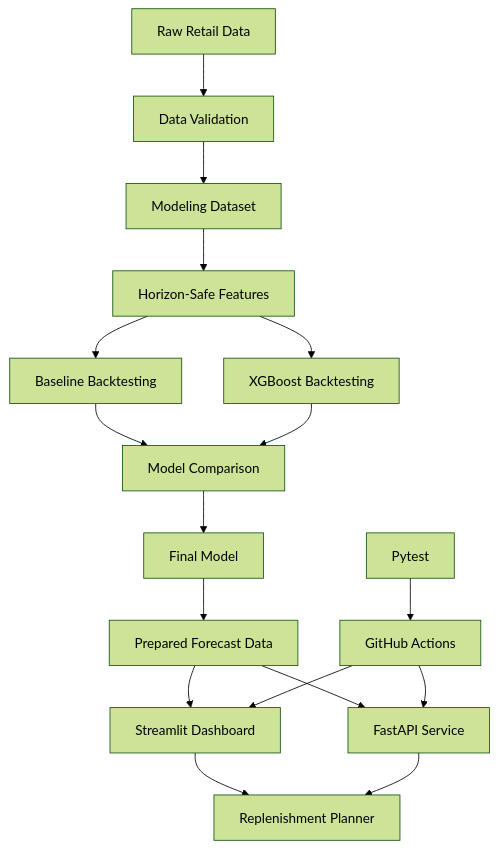
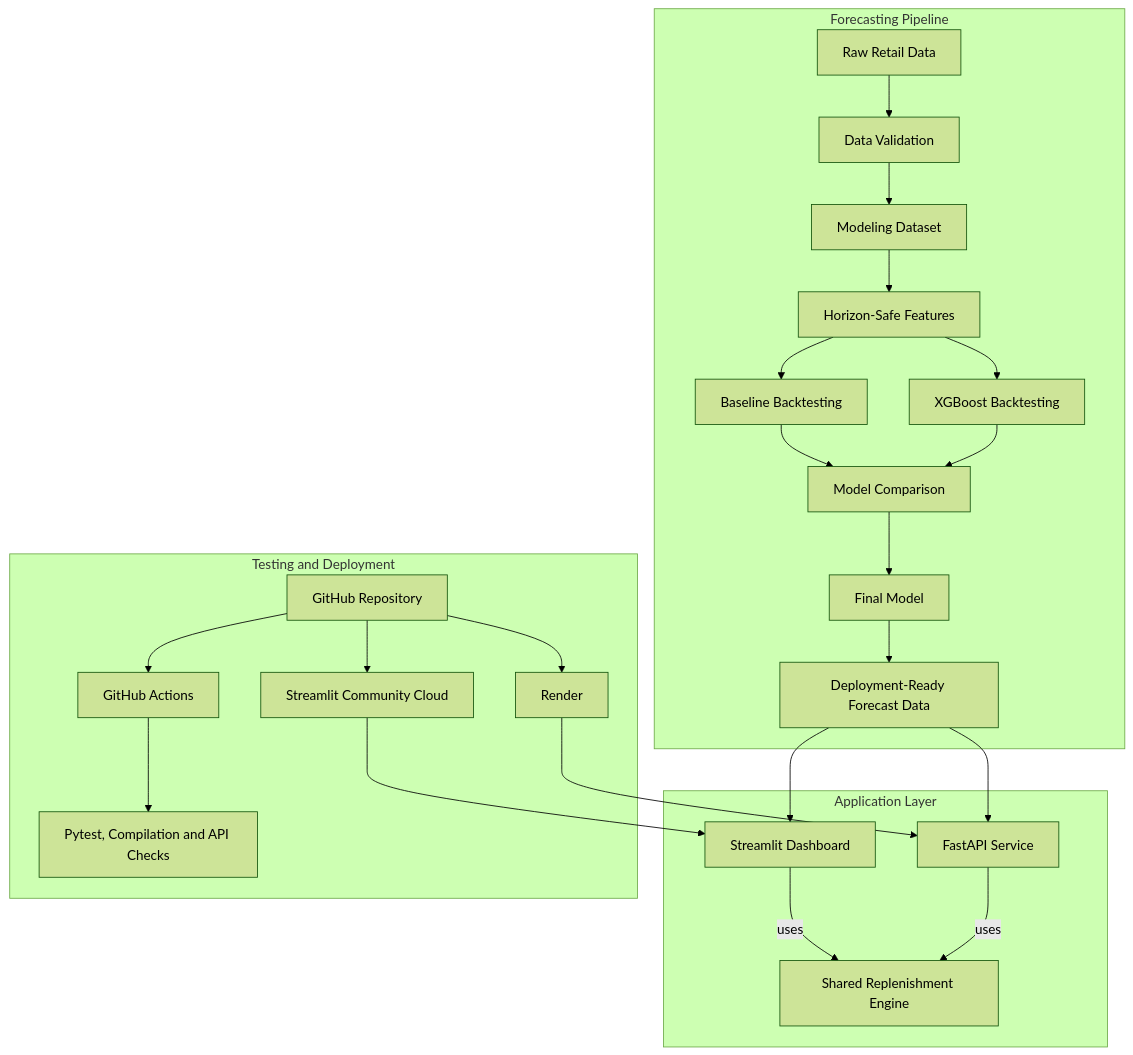
Before and after one commit to momo840505/retail-demand-forecasting: the diagram in README.md, drawn with Mermaid (forest theme).

Commit message:
Refine system architecture diagram

````diff
--- a/README.md
+++ b/README.md
@@ -224,25 +224,37 @@
 ```mermaid
 flowchart TD
-    A[Raw Retail Data] --> B[Data Validation]
-    B --> C[Modeling Dataset]
-    C --> D[Horizon-Safe Features]
 
-    D --> E[Baseline Backtesting]
-    D --> F[XGBoost Backtesting]
+    subgraph PIPELINE["Forecasting Pipeline"]
+        A[Raw Retail Data] --> B[Data Validation]
+        B --> C[Modeling Dataset]
+        C --> D[Horizon-Safe Features]
 
-    E --> G[Model Comparison]
-    F --> G
+        D --> E[Baseline Backtesting]
+        D --> F[XGBoost Backtesting]
 
-    G --> H[Final Model]
-    H --> I[Prepared Forecast Data]
+        E --> G[Model Comparison]
+        F --> G
 
-    I --> J[Streamlit Dashboard]
-    I --> K[FastAPI Service]
+        G --> H[Final Model]
+        H --> I[Deployment-Ready Forecast Data]
+    end
 
-    J --> L[Replenishment Planner]
-    K --> L
+    subgraph APPLICATION["Application Layer"]
+        I --> J[Streamlit Dashboard]
+        I --> K[FastAPI Service]
 
-    M[Pytest] --> N[GitHub Actions]
-    N --> J
-    N --> K
+        J -->|uses| L[Shared Replenishment Engine]
+        K -->|uses| L
+    end
+
+    subgraph QUALITY["Testing and Deployment"]
+        M[GitHub Repository] --> N[GitHub Actions]
+        N --> O[Pytest, Compilation and API Checks]
+
+        M --> P[Streamlit Community Cloud]
+        M --> Q[Render]
+
+        P --> J
+        Q --> K
+    end
 ```
````
